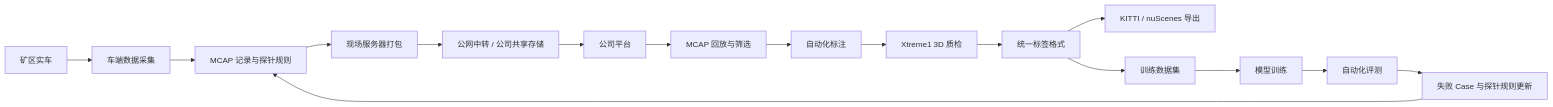
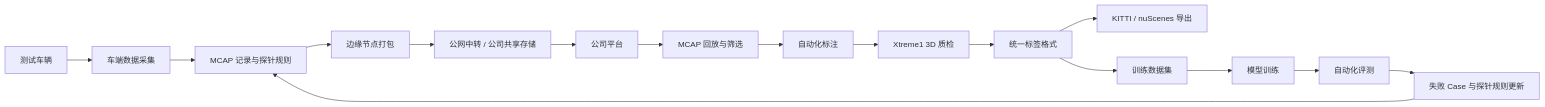
One commit to SoleyRan/autonomous-data-loop changed the diagram in README.zh-CN.md. Above: the diagram before and after it, drawn with Mermaid. The commit also changed other lines of this file and 3 other files, not shown here.

````diff
--- a/README.zh-CN.md
+++ b/README.zh-CN.md
@@ -34,18 +34,18 @@
 ```mermaid
 flowchart LR
-  A["矿区实车"] --> B["车端数据采集"]
+  A["测试车辆"] --> B["车端数据采集"]
   B --> C["MCAP 记录与探针规则"]
-  C --> D["现场服务器打包"]
+  C --> D["边缘节点打包"]
   D --> E["公网中转 / 公司共享存储"]
   E --> F["公司平台"]
   F --> G["MCAP 回放与筛选"]
   G --> H["自动化标注"]
   H --> I["Xtreme1 3D 质检"]
   I --> J["统一标签格式"]
   J --> K["KITTI / nuScenes 导出"]
   J --> L["训练数据集"]
   L --> M["模型训练"]
   M --> N["自动化评测"]
   N --> O["失败 Case 与探针规则更新"]
   O --> C
 ```
````
